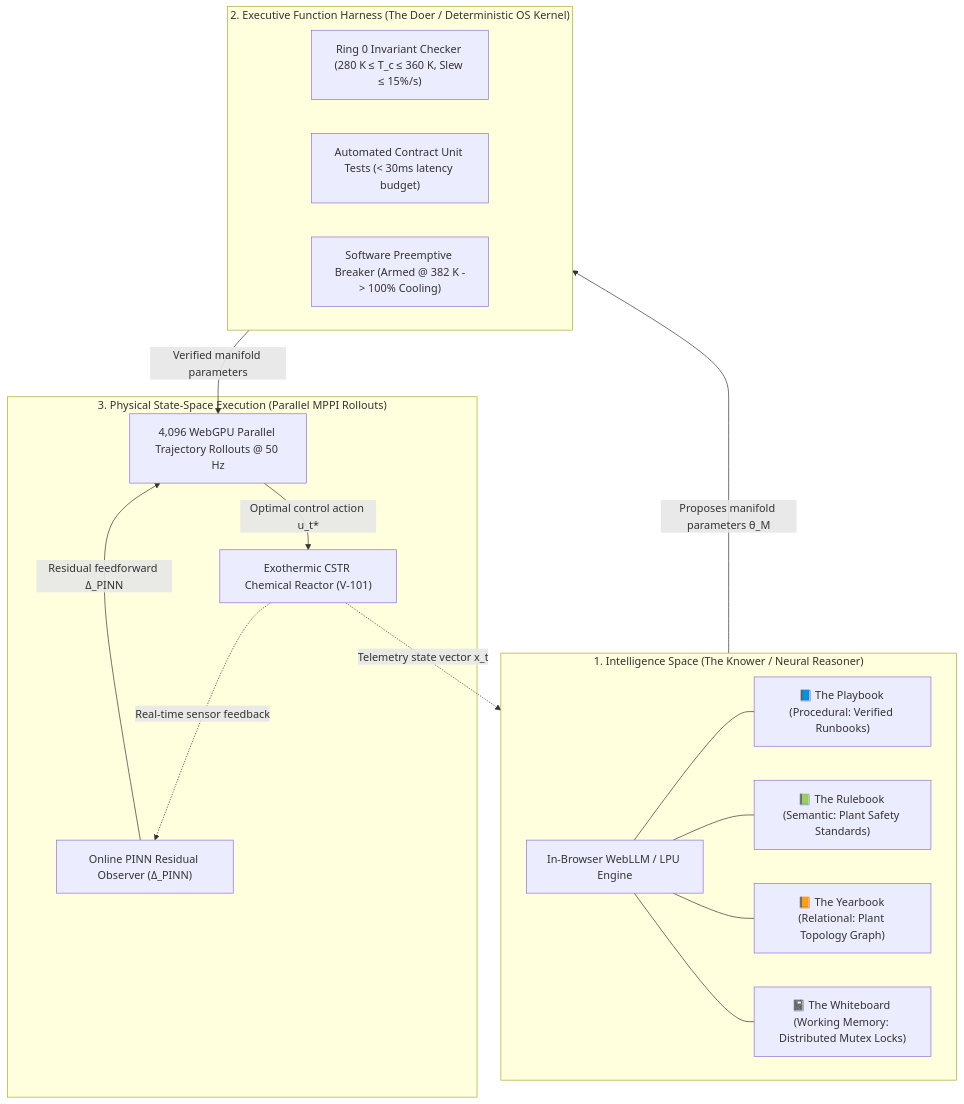
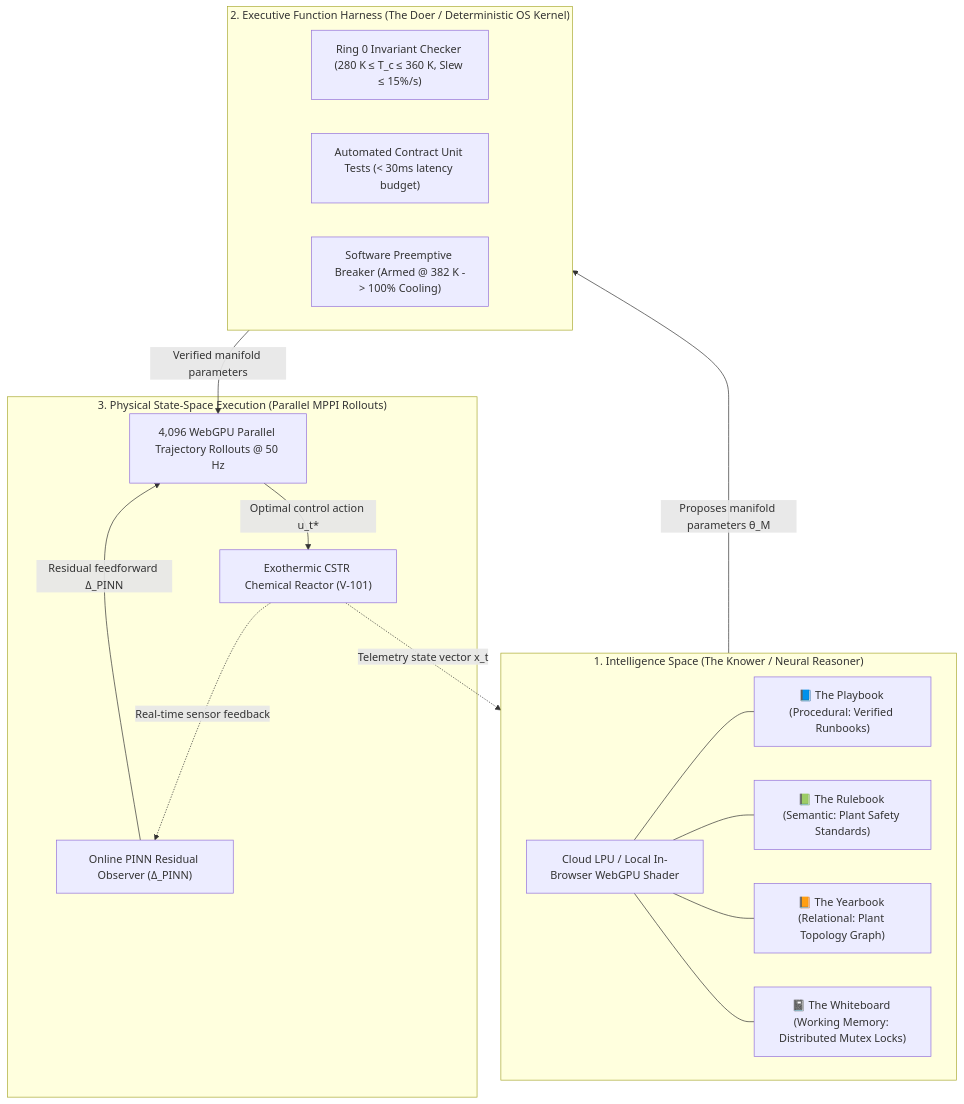
One commit to cosmosanalytics/uat-copilot-local changed the second of 2 diagrams in agentic_mpc_paper.md. Above: the diagram before and after it, drawn with Mermaid. The commit also changed other lines of this file and 4 other files, not shown here.

````diff
--- a/agentic_mpc_paper.md
+++ b/agentic_mpc_paper.md
@@ -51,33 +51,33 @@
 ```mermaid
 flowchart TD
     subgraph IntelligenceSpace ["1. Intelligence Space (The Knower / Neural Reasoner)"]
-        LLM["In-Browser WebLLM / LPU Engine"]
+        LLM["Cloud LPU / Local In-Browser WebGPU Shader"]
         M1["📘 The Playbook (Procedural: Verified Runbooks)"]
         M2["📗 The Rulebook (Semantic: Plant Safety Standards)"]
         M3["📙 The Yearbook (Relational: Plant Topology Graph)"]
         M4["📓 The Whiteboard (Working Memory: Distributed Mutex Locks)"]
         LLM --- M1
         LLM --- M2
         LLM --- M3
         LLM --- M4
     end
 
     subgraph Harness ["2. Executive Function Harness (The Doer / Deterministic OS Kernel)"]
         R0["Ring 0 Invariant Checker (280 K ≤ T_c ≤ 360 K, Slew ≤ 15%/s)"]
         Contract["Automated Contract Unit Tests (< 30ms latency budget)"]
         Breaker["Software Preemptive Breaker (Armed @ 382 K -> 100% Cooling)"]
     end
 
     subgraph PhysicalSpace ["3. Physical State-Space Execution (Parallel MPPI Rollouts)"]
         PINN["Online PINN Residual Observer (Δ_PINN)"]
         GPU["4,096 WebGPU Parallel Trajectory Rollouts @ 50 Hz"]
         Plant["Exothermic CSTR Chemical Reactor (V-101)"]
     end
 
     IntelligenceSpace -->|Proposes manifold parameters θ_M| Harness
     Harness -->|Verified manifold parameters| GPU
     PINN -->|Residual feedforward Δ_PINN| GPU
     GPU -->|Optimal control action u_t*| Plant
     Plant -.->|Telemetry state vector x_t| IntelligenceSpace
     Plant -.->|Real-time sensor feedback| PINN
 ```
````
